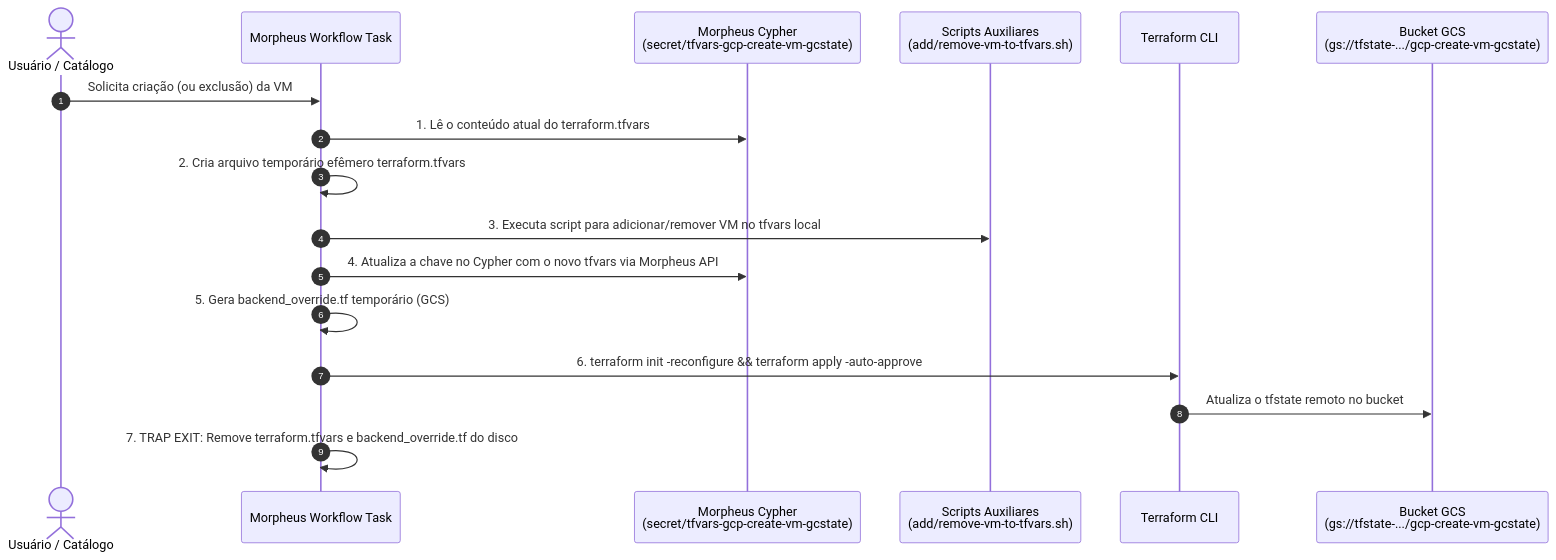
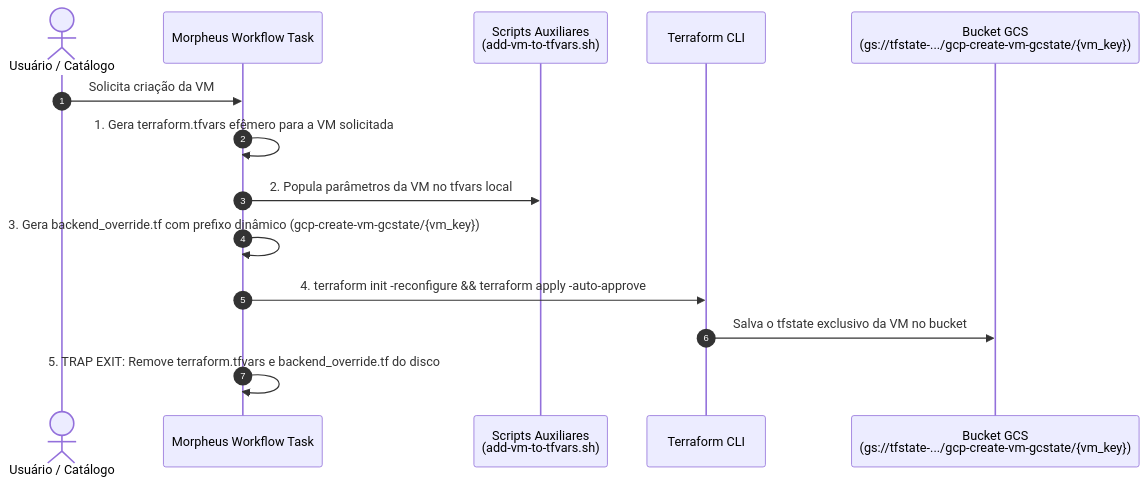
Before and after one commit to devopsvanilla/gcp-terraform-ansible-samples: the diagram in PoCs/morpheus-tf-remotestate/README.md, drawn with Mermaid. The commit also changed other lines of this file and 2 other files, not shown here.

Commit message:
feat: add Morpheus automation templates for provisioning and removing GCP VMs via Terraform state management

````diff
--- a/PoCs/morpheus-tf-remotestate/README.md
+++ b/PoCs/morpheus-tf-remotestate/README.md
@@ -24,20 +23,17 @@
 ```mermaid
 sequenceDiagram
     autonumber
     actor Solicitante as Usuário / Catálogo
     participant Morph as Morpheus Workflow Task
-    participant Cypher as Morpheus Cypher<br/>(secret/tfvars-gcp-create-vm-gcstate)
-    participant Script as Scripts Auxiliares<br/>(add/remove-vm-to-tfvars.sh)
+    participant Script as Scripts Auxiliares<br/>(add-vm-to-tfvars.sh)
     participant TF as Terraform CLI
-    participant GCS as Bucket GCS<br/>(gs://tfstate-.../gcp-create-vm-gcstate)
+    participant GCS as Bucket GCS<br/>(gs://tfstate-.../gcp-create-vm-gcstate/{vm_key})
 
-    Solicitante->>Morph: Solicita criação (ou exclusão) da VM
-    Morph->>Cypher: 1. Lê o conteúdo atual do terraform.tfvars
-    Morph->>Morph: 2. Cria arquivo temporário efêmero terraform.tfvars
-    Morph->>Script: 3. Executa script para adicionar/remover VM no tfvars local
-    Morph->>Cypher: 4. Atualiza a chave no Cypher com o novo tfvars via Morpheus API
-    Morph->>Morph: 5. Gera backend_override.tf temporário (GCS)
-    Morph->>TF: 6. terraform init -reconfigure && terraform apply -auto-approve
-    TF->>GCS: Atualiza o tfstate remoto no bucket
-    Morph->>Morph: 7. TRAP EXIT: Remove terraform.tfvars e backend_override.tf do disco
+    Solicitante->>Morph: Solicita criação da VM
+    Morph->>Morph: 1. Gera terraform.tfvars efêmero para a VM solicitada
+    Morph->>Script: 2. Popula parâmetros da VM no tfvars local
+    Morph->>Morph: 3. Gera backend_override.tf com prefixo dinâmico (gcp-create-vm-gcstate/{vm_key})
+    Morph->>TF: 4. terraform init -reconfigure && terraform apply -auto-approve
+    TF->>GCS: Salva o tfstate exclusivo da VM no bucket
+    Morph->>Morph: 5. TRAP EXIT: Remove terraform.tfvars e backend_override.tf do disco
 ```
````
